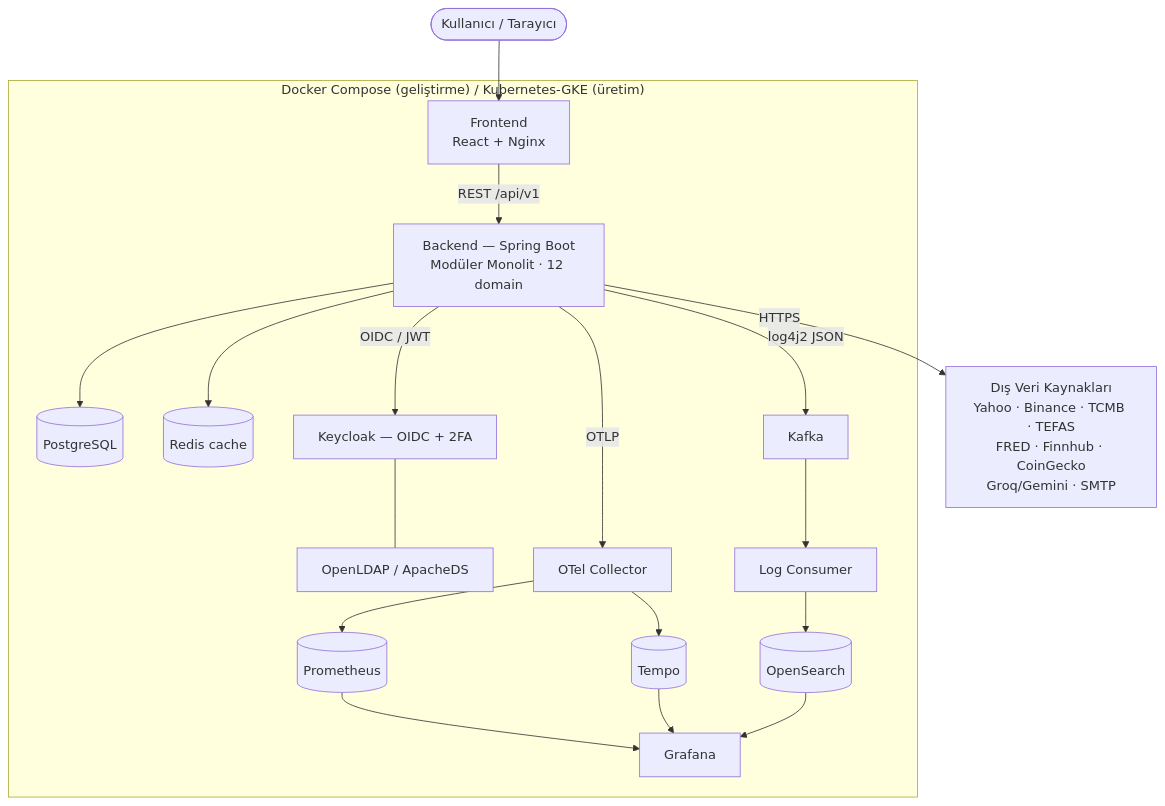
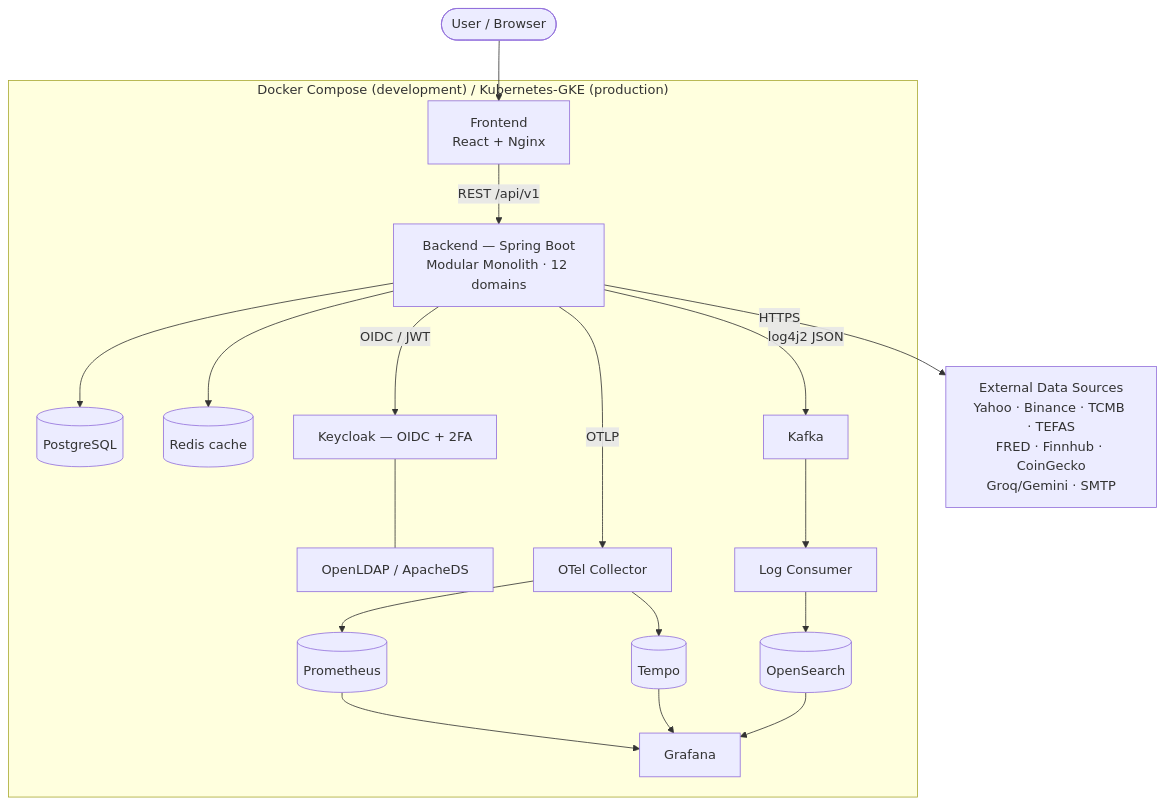
Before and after one commit to BerkanGulyagci/finance-portal: the diagram in README.md, drawn with Mermaid. The commit also changed other lines of this file and 8 other files, not shown here.

````diff
--- a/README.md
+++ b/README.md
@@ -96,39 +96,39 @@
 ```mermaid
 graph TD
-    Browser([Kullanıcı / Tarayıcı])
+    Browser([User / Browser])
 
-    subgraph stack["Docker Compose (geliştirme) / Kubernetes-GKE (üretim)"]
+    subgraph stack["Docker Compose (development) / Kubernetes-GKE (production)"]
         FE["Frontend<br/>React + Nginx"]
-        BE["Backend — Spring Boot<br/>Modüler Monolit · 12 domain"]
+        BE["Backend — Spring Boot<br/>Modular Monolith · 12 domains"]
         PG[(PostgreSQL)]
         RD[(Redis cache)]
         KC["Keycloak — OIDC + 2FA"]
         LDAP["OpenLDAP / ApacheDS"]
         KAFKA["Kafka"]
         LC["Log Consumer"]
         OS[(OpenSearch)]
         OTEL["OTel Collector"]
         PROM[(Prometheus)]
         TEMPO[(Tempo)]
         GRAF["Grafana"]
     end
 
-    EXT["Dış Veri Kaynakları<br/>Yahoo · Binance · TCMB · TEFAS<br/>FRED · Finnhub · CoinGecko<br/>Groq/Gemini · SMTP"]
+    EXT["External Data Sources<br/>Yahoo · Binance · TCMB · TEFAS<br/>FRED · Finnhub · CoinGecko<br/>Groq/Gemini · SMTP"]
 
     Browser --> FE
     FE -->|REST /api/v1| BE
     BE --> PG
     BE --> RD
     BE -->|OIDC / JWT| KC
     KC --- LDAP
     BE -->|HTTPS| EXT
     BE -->|log4j2 JSON| KAFKA
     KAFKA --> LC
     LC --> OS
     BE -->|OTLP| OTEL
     OTEL --> PROM
     OTEL --> TEMPO
     PROM --> GRAF
     TEMPO --> GRAF
     OS --> GRAF
 ```
````
